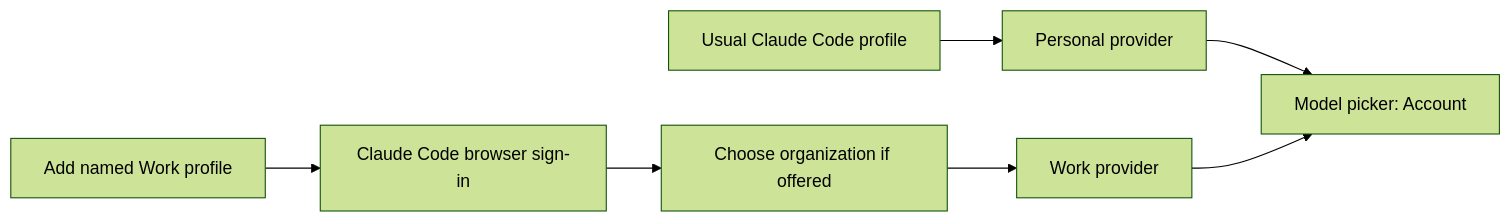
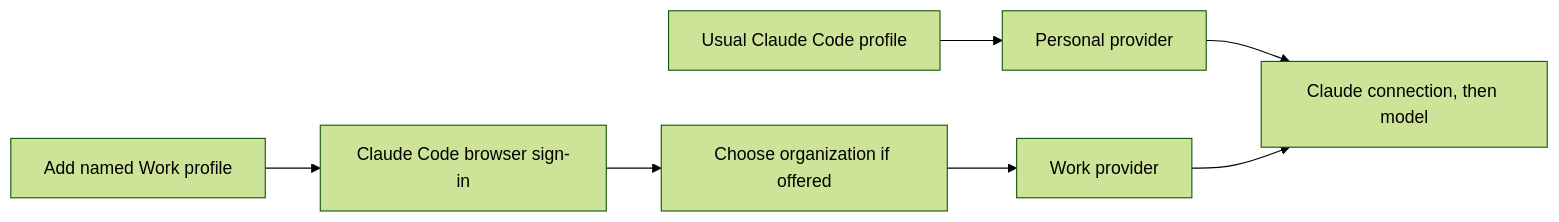
One commit to nekko-labs/nekko-agent changed the diagram in docs/claude-account-selection.md. Above: the diagram before and after it, drawn with Mermaid (forest theme). The commit also changed other lines of this file and 13 other files, not shown here.

````diff
--- a/docs/claude-account-selection.md
+++ b/docs/claude-account-selection.md
@@ -21,9 +21,9 @@
 ```mermaid
 flowchart LR
   A[Usual Claude Code profile] --> B[Personal provider]
   C[Add named Work profile] --> D[Claude Code browser sign-in]
   D --> E[Choose organization if offered]
   E --> F[Work provider]
-  B --> G[Model picker: Account]
+  B --> G[Claude connection, then model]
   F --> G
 ```
````
